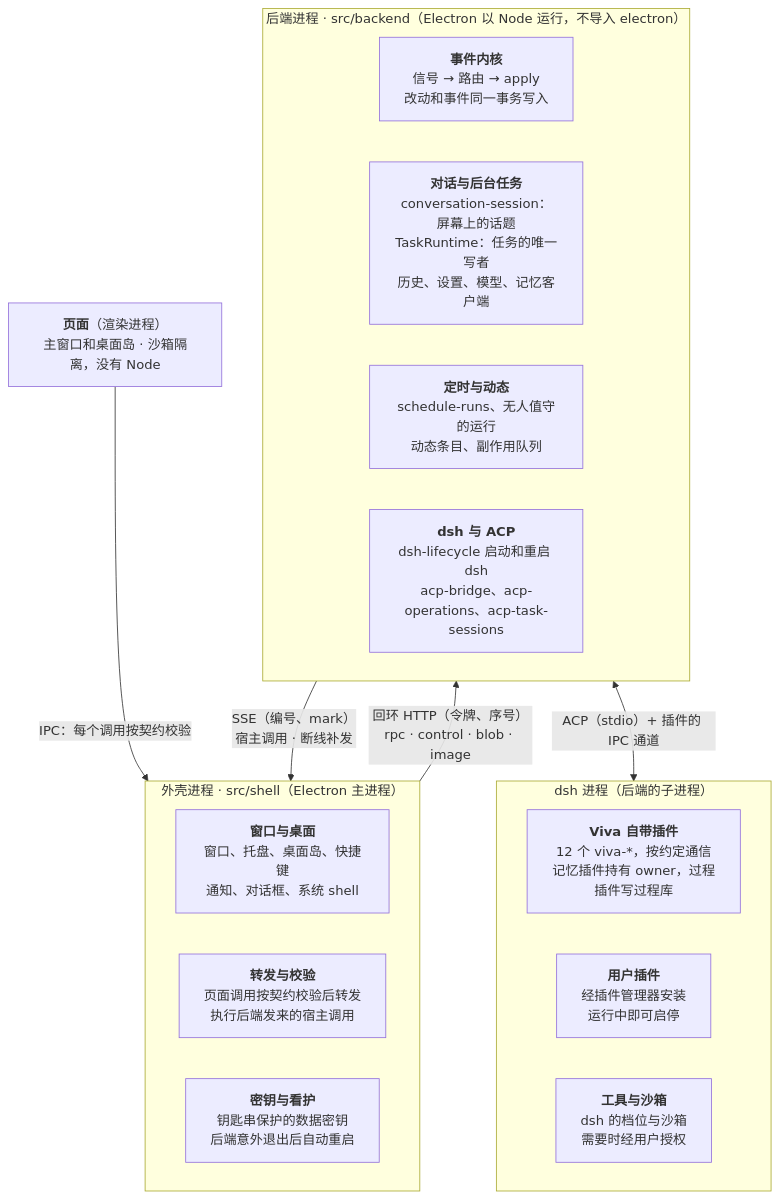
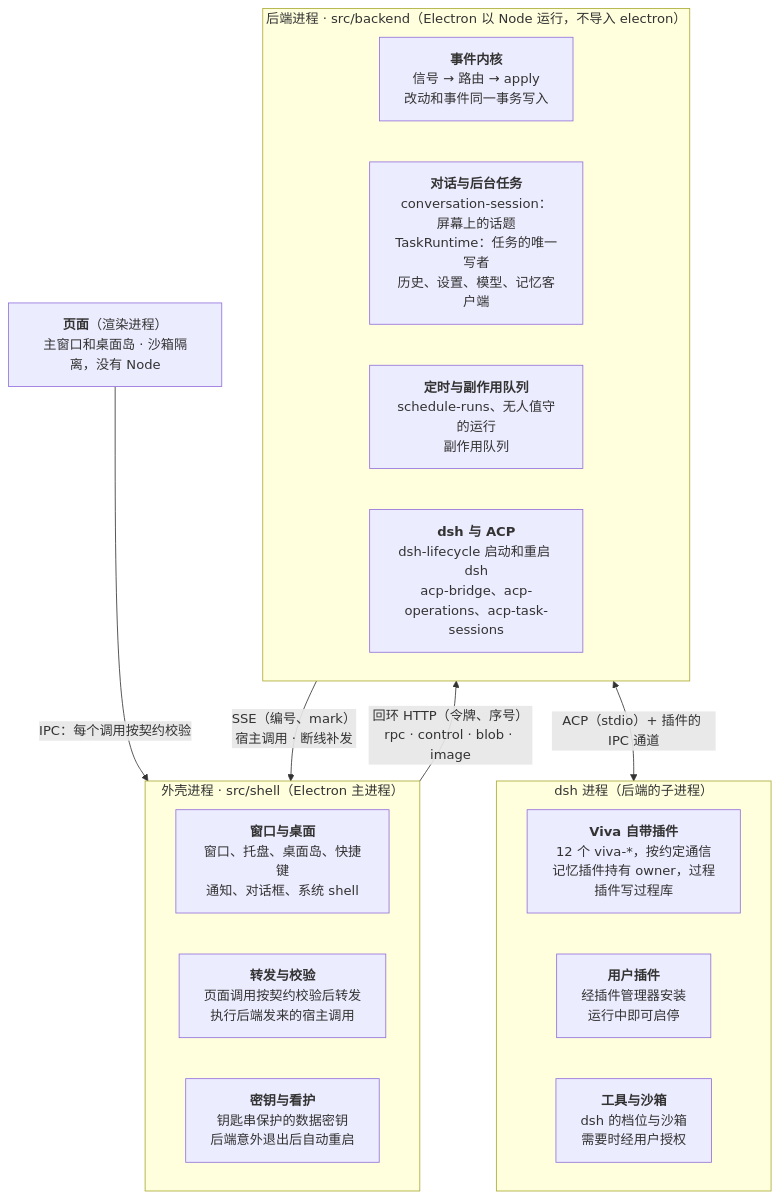
One commit to JNS0724/Viva changed the diagram in docs/system-design.zh-CN.md. Above: the diagram before and after it, drawn with Mermaid. The commit also changed other lines of this file and 159 other files, not shown here.

````diff
--- a/docs/system-design.zh-CN.md
+++ b/docs/system-design.zh-CN.md
@@ -24,24 +24,24 @@
 ```mermaid
 flowchart TB
   pages["<b>页面</b>（渲染进程）<br/>主窗口和桌面岛 · 沙箱隔离，没有 Node"]
   subgraph shell["外壳进程 · src/shell（Electron 主进程）"]
     s1["<b>窗口与桌面</b><br/>窗口、托盘、桌面岛、快捷键<br/>通知、对话框、系统 shell"]
     s2["<b>转发与校验</b><br/>页面调用按契约校验后转发<br/>执行后端发来的宿主调用"]
     s3["<b>密钥与看护</b><br/>钥匙串保护的数据密钥<br/>后端意外退出后自动重启"]
   end
   subgraph backend["后端进程 · src/backend（Electron 以 Node 运行，不导入 electron）"]
     b1["<b>事件内核</b><br/>信号 → 路由 → apply<br/>改动和事件同一事务写入"]
     b2["<b>对话与后台任务</b><br/>conversation-session：屏幕上的话题<br/>TaskRuntime：任务的唯一写者<br/>历史、设置、模型、记忆客户端"]
-    b3["<b>定时与动态</b><br/>schedule-runs、无人值守的运行<br/>动态条目、副作用队列"]
+    b3["<b>定时与副作用队列</b><br/>schedule-runs、无人值守的运行<br/>副作用队列"]
     b4["<b>dsh 与 ACP</b><br/>dsh-lifecycle 启动和重启 dsh<br/>acp-bridge、acp-operations、acp-task-sessions"]
   end
   subgraph dsh["dsh 进程（后端的子进程）"]
     d1["<b>Viva 自带插件</b><br/>12 个 viva-*，按约定通信<br/>记忆插件持有 owner，过程插件写过程库"]
     d2["<b>用户插件</b><br/>经插件管理器安装<br/>运行中即可启停"]
     d3["<b>工具与沙箱</b><br/>dsh 的档位与沙箱<br/>需要时经用户授权"]
   end
   pages -- "IPC：每个调用按契约校验" --> shell
   shell -- "回环 HTTP（令牌、序号）<br/>rpc · control · blob · image" --> backend
   backend -- "SSE（编号、mark）<br/>宿主调用 · 断线补发" --> shell
   backend <-->|"ACP（stdio）+ 插件的 IPC 通道"| dsh
 ```
````
